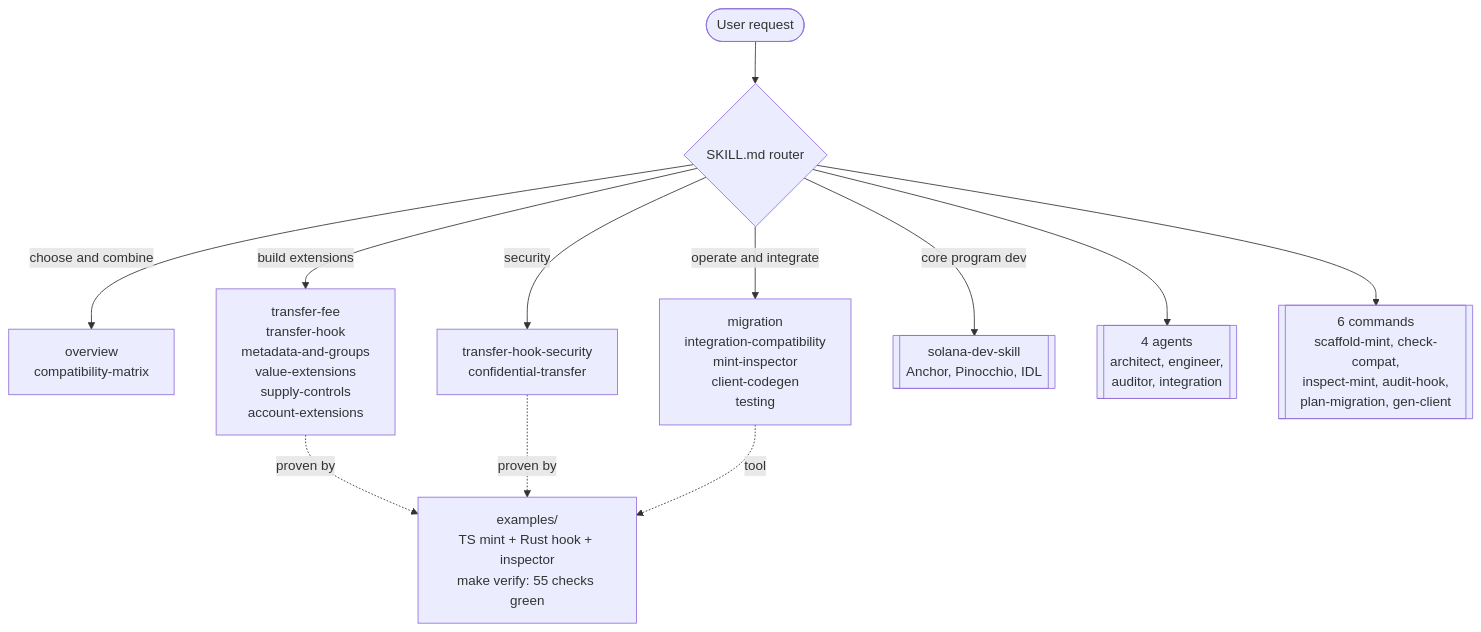
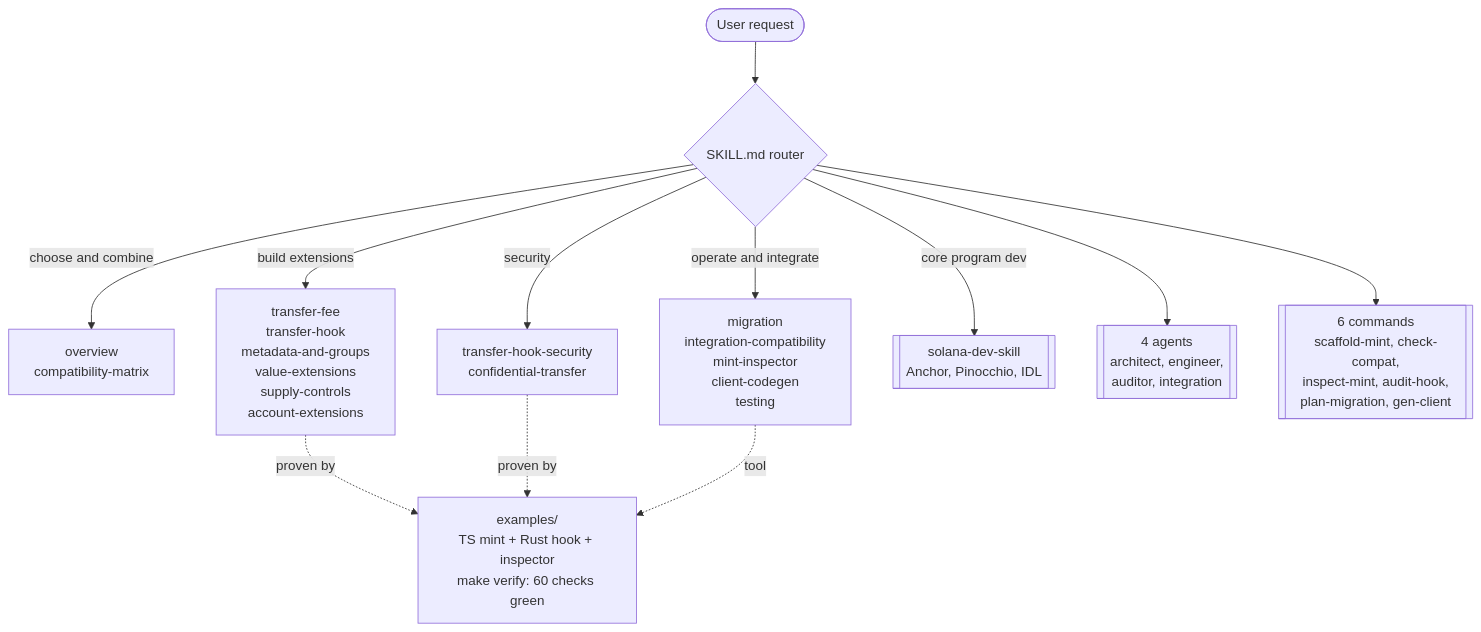
Before and after one commit to Andy00L/solana-token-extensions-skill: the diagram in README.md, drawn with Mermaid. The commit also changed other lines of this file and 20 other files, not shown here.

````diff
--- a/README.md
+++ b/README.md
@@ -21,14 +21,14 @@
 ```mermaid
 flowchart TD
     U([User request]) --> R{SKILL.md router}
     R -->|choose and combine| C["overview<br/>compatibility-matrix"]
     R -->|build extensions| B["transfer-fee<br/>transfer-hook<br/>metadata-and-groups<br/>value-extensions<br/>supply-controls<br/>account-extensions"]
     R -->|operate and integrate| O["migration<br/>integration-compatibility<br/>mint-inspector<br/>client-codegen<br/>testing"]
     R -->|security| S["transfer-hook-security<br/>confidential-transfer"]
     R -->|core program dev| CORE[["solana-dev-skill<br/>Anchor, Pinocchio, IDL"]]
     R --> AG[["4 agents<br/>architect, engineer,<br/>auditor, integration"]]
     R --> CMD[["6 commands<br/>scaffold-mint, check-compat,<br/>inspect-mint, audit-hook,<br/>plan-migration, gen-client"]]
-    B -.proven by.-> EX["examples/<br/>TS mint + Rust hook + inspector<br/>make verify: 55 checks green"]
+    B -.proven by.-> EX["examples/<br/>TS mint + Rust hook + inspector<br/>make verify: 60 checks green"]
     S -.proven by.-> EX
     O -.tool.-> EX
 ```
````
